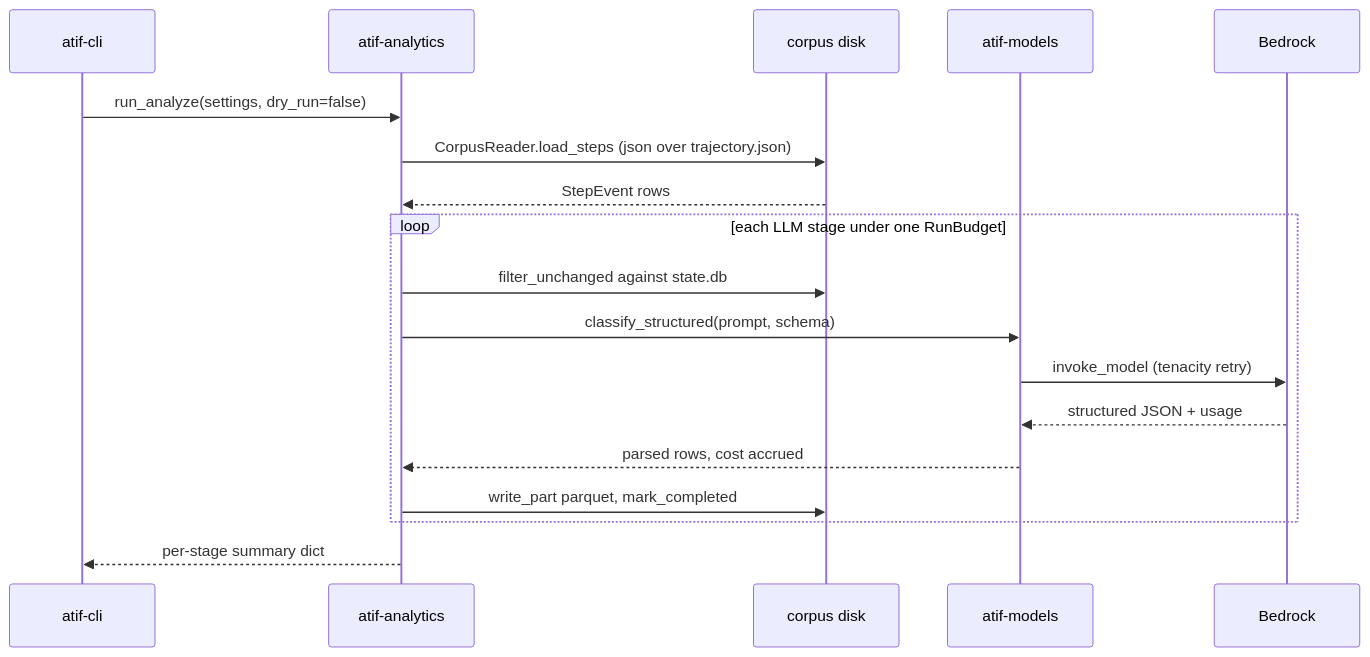
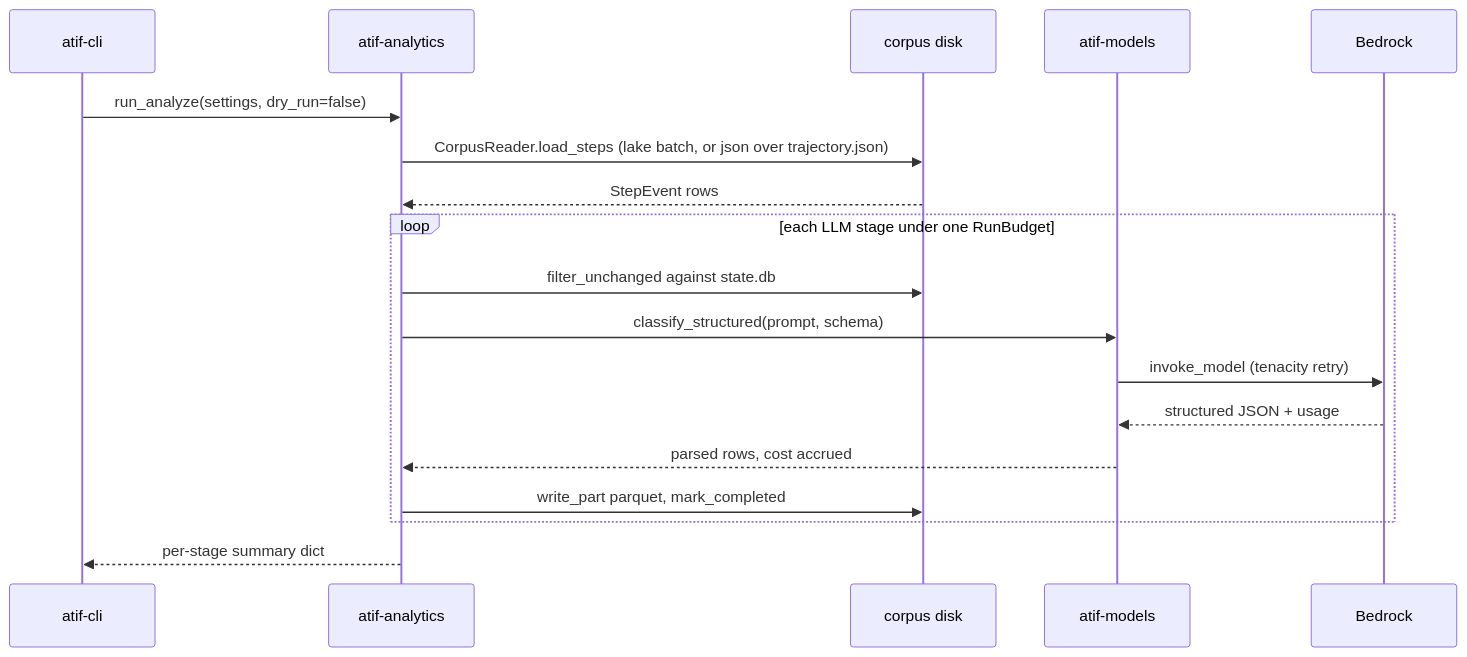
One commit to laithalsaadoon/atif-sql changed the third of 3 diagrams in docs/architecture/data-flow.md. Above: the diagram before and after it, drawn with Mermaid. The commit also changed other lines of this file and 3 other files, not shown here.

````diff
--- a/docs/architecture/data-flow.md
+++ b/docs/architecture/data-flow.md
@@ -210,21 +217,21 @@
 ```mermaid
 sequenceDiagram
     participant CLI as atif-cli
     participant Ana as atif-analytics
     participant Disk as corpus disk
     participant Models as atif-models
     participant Bedrock as Bedrock
 
     CLI->>Ana: run_analyze(settings, dry_run=false)
-    Ana->>Disk: CorpusReader.load_steps (json over trajectory.json)
+    Ana->>Disk: CorpusReader.load_steps (lake batch, or json over trajectory.json)
     Disk-->>Ana: StepEvent rows
     loop each LLM stage under one RunBudget
         Ana->>Disk: filter_unchanged against state.db
         Ana->>Models: classify_structured(prompt, schema)
         Models->>Bedrock: invoke_model (tenacity retry)
         Bedrock-->>Models: structured JSON + usage
         Models-->>Ana: parsed rows, cost accrued
         Ana->>Disk: write_part parquet, mark_completed
     end
     Ana-->>CLI: per-stage summary dict
 ```
````
